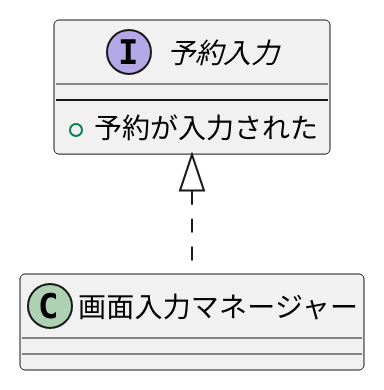
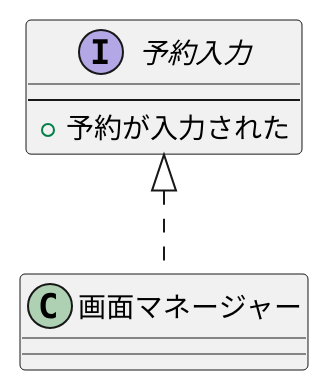
Before and after one commit to satou1024/linux: the diagram in 例題3-1_予約入力インターフェース.pu, drawn with PlantUML.

Commit message:
修正

```diff
--- a/例題3-1_予約入力インターフェース.pu
+++ b/例題3-1_予約入力インターフェース.pu
@@ -1,10 +1,10 @@
 @startuml
-class 画面入力マネージャー {
+class 画面マネージャー {
 }
 interface 予約入力 {
 ' <<interface>>
 ---
 + 予約が入力された
 }
-予約入力 <|.. 画面入力マネージャー
+予約入力 <|.. 画面マネージャー
 @enduml
```
